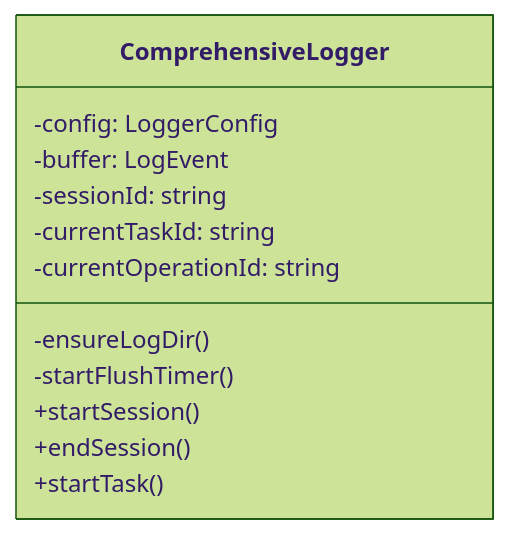
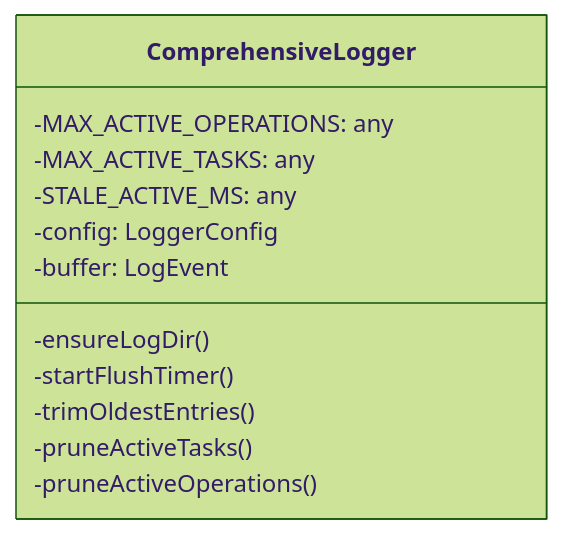
Before and after one commit to Mekann2904/mekann: the first of 3 diagrams in ABDD/.pi/lib/comprehensive-logger.md, drawn with Mermaid (forest theme). The commit also changed other lines of this file and 205 other files, not shown here.

````diff
--- a/ABDD/.pi/lib/comprehensive-logger.md
+++ b/ABDD/.pi/lib/comprehensive-logger.md
@@ -39,15 +39,15 @@
 ```mermaid
 classDiagram
   class ComprehensiveLogger {
+    -MAX_ACTIVE_OPERATIONS: any
+    -MAX_ACTIVE_TASKS: any
+    -STALE_ACTIVE_MS: any
     -config: LoggerConfig
     -buffer: LogEvent
-    -sessionId: string
-    -currentTaskId: string
-    -currentOperationId: string
     -ensureLogDir()
     -startFlushTimer()
-    +startSession()
-    +endSession()
-    +startTask()
+    -trimOldestEntries()
+    -pruneActiveTasks()
+    -pruneActiveOperations()
   }
 ```
````
